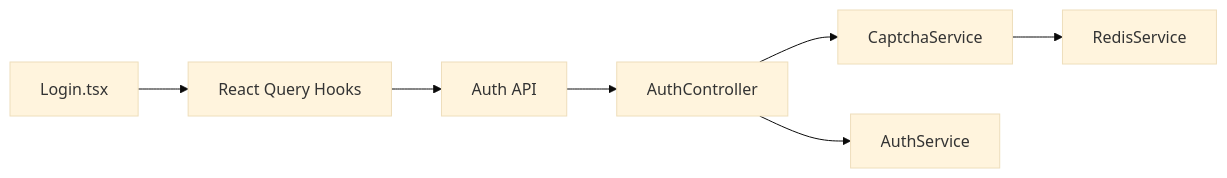
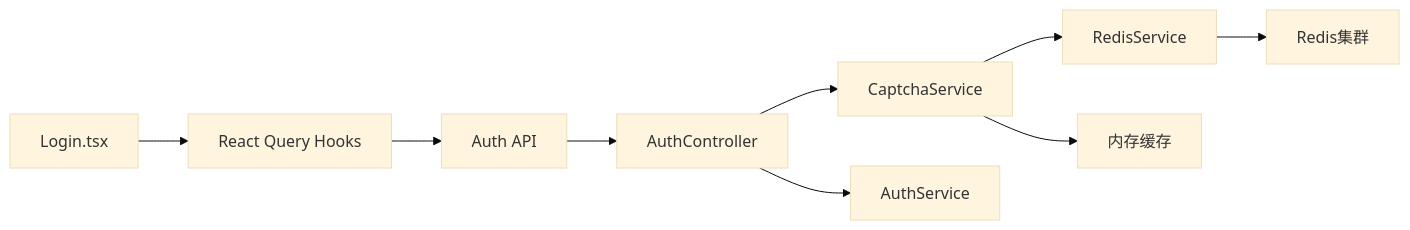
One commit to translateServers/nodes-stack changed the eighth of 8 diagrams in .qoder/repowiki/zh/content/后端系统/认证授权系统/验证码系统.md. Above: the diagram before and after it, drawn with Mermaid (base theme). The commit also changed other lines of this file and 8 other files, not shown here.

````diff
--- a/.qoder/repowiki/zh/content/后端系统/认证授权系统/验证码系统.md
+++ b/.qoder/repowiki/zh/content/后端系统/认证授权系统/验证码系统.md
@@ -275,9 +327,11 @@
 ```mermaid
 graph LR
 AC["AuthController"] --> CS["CaptchaService"]
 AC --> AS["AuthService"]
 CS --> RS["RedisService"]
+RS --> RC["Redis集群"]
+CS --> MC["内存缓存"]
 LP["Login.tsx"] --> Hooks["React Query Hooks"]
 Hooks --> API["Auth API"]
 API --> AC
 ```
````
